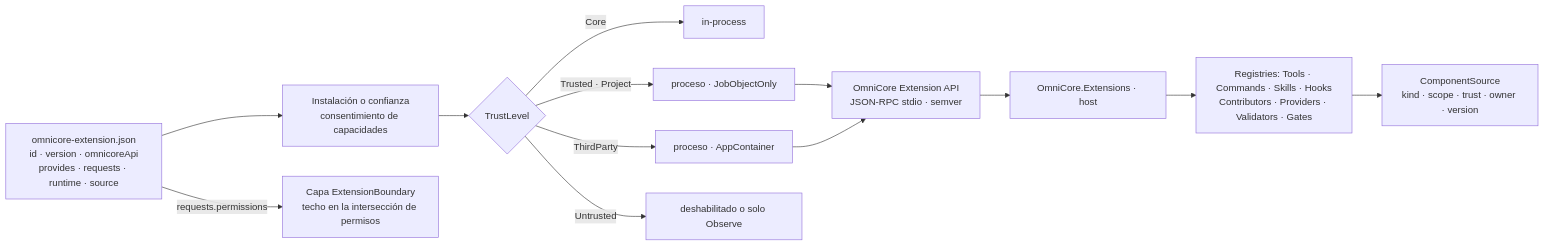
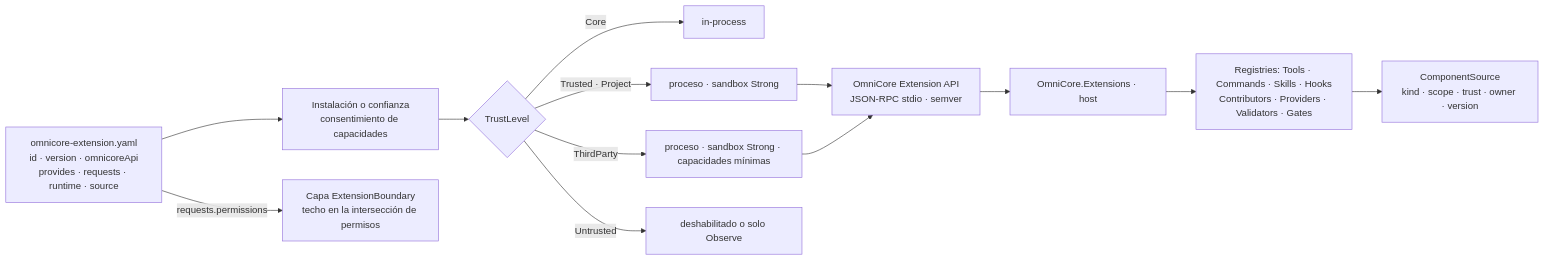
Diagram 20 of 33 in docs/architecture/arquitectura.md (juancgomezm-s/OmniCore), drawn with Mermaid before and after one commit. The commit also changed other lines of this file and 48 other files, not shown here.

````diff
--- a/docs/architecture/arquitectura.md
+++ b/docs/architecture/arquitectura.md
@@ -734,15 +772,15 @@
 ```mermaid
 flowchart LR
-  MAN["omnicore-extension.json<br/>id · version · omnicoreApi<br/>provides · requests · runtime · source"] --> INST["Instalación o confianza<br/>consentimiento de capacidades"]
+  MAN["omnicore-extension.yaml<br/>id · version · omnicoreApi<br/>provides · requests · runtime · source"] --> INST["Instalación o confianza<br/>consentimiento de capacidades"]
   INST --> TL{"TrustLevel"}
   TL -->|"Core"| INP["in-process"]
-  TL -->|"Trusted · Project"| JO["proceso · JobObjectOnly"]
-  TL -->|"ThirdParty"| APC["proceso · AppContainer"]
+  TL -->|"Trusted · Project"| JO["proceso · sandbox Strong"]
+  TL -->|"ThirdParty"| APC["proceso · sandbox Strong · capacidades mínimas"]
   TL -->|"Untrusted"| OFF["deshabilitado o solo Observe"]
   JO --> API["OmniCore Extension API<br/>JSON-RPC stdio · semver"]
   APC --> API
   API --> EXH["OmniCore.Extensions · host"]
   EXH --> REG["Registries: Tools · Commands · Skills · Hooks<br/>Contributors · Providers · Validators · Gates"]
   REG --> SRC["ComponentSource<br/>kind · scope · trust · owner · version"]
   MAN -->|"requests.permissions"| EB["Capa ExtensionBoundary<br/>techo en la intersección de permisos"]
 ```
````
